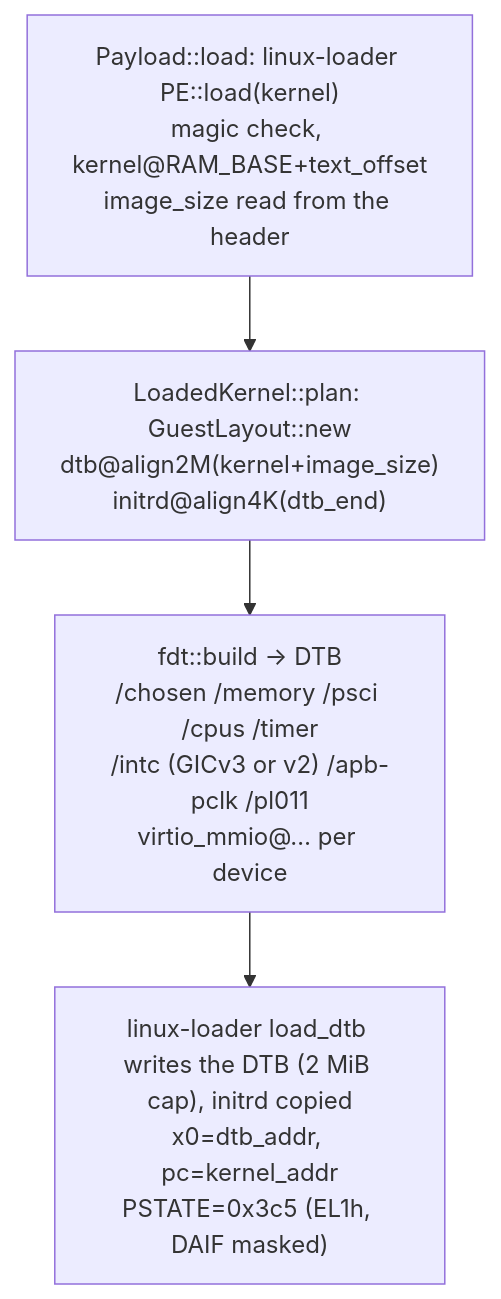
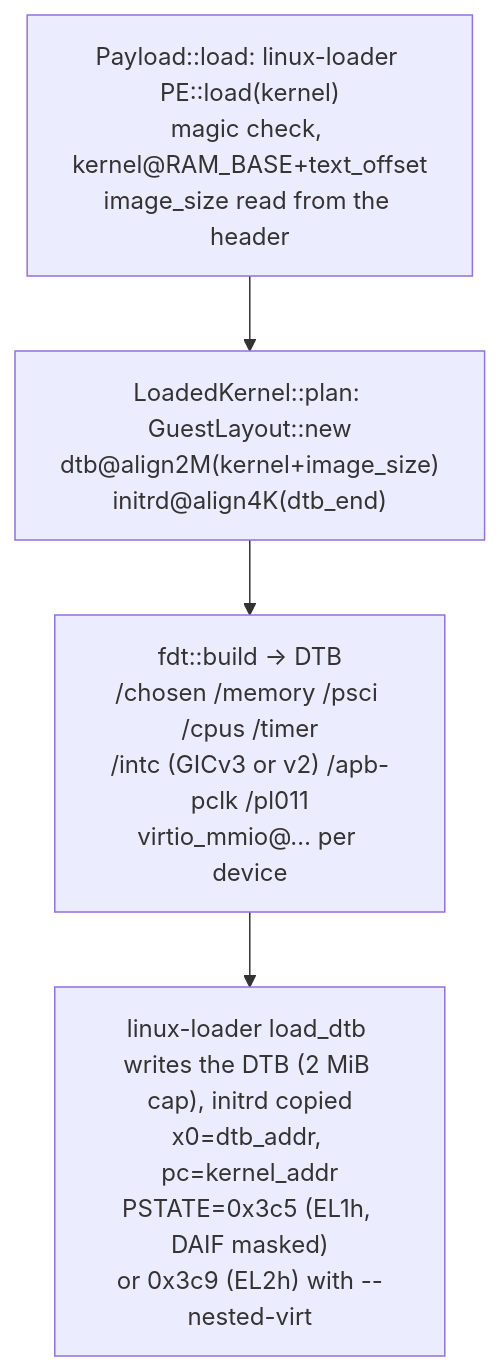
Before and after one commit to brig-sh/hvi-vmm: the second of 4 diagrams in docs/architecture.md, drawn with Mermaid. The commit also changed other lines of this file and 6 other files, not shown here.

First line of the commit message:
docs(machine): Describe --nested-virt, hvi caps and what EL2 changes

````diff
--- a/docs/architecture.md
+++ b/docs/architecture.md
@@ -193,7 +193,7 @@
 ```mermaid
 flowchart TB
     A["Payload::load: linux-loader PE::load(kernel)<br/>magic check, kernel@RAM_BASE+text_offset<br/>image_size read from the header"] --> B
     B["LoadedKernel::plan: GuestLayout::new<br/>dtb@align2M(kernel+image_size)<br/>initrd@align4K(dtb_end)"] --> C
     C["fdt::build → DTB<br/>/chosen /memory /psci /cpus /timer<br/>/intc (GICv3 or v2) /apb-pclk /pl011<br/>virtio_mmio@… per device"] --> D
-    D["linux-loader load_dtb writes the DTB (2 MiB cap), initrd copied<br/>x0=dtb_addr, pc=kernel_addr<br/>PSTATE=0x3c5 (EL1h, DAIF masked)"]
+    D["linux-loader load_dtb writes the DTB (2 MiB cap), initrd copied<br/>x0=dtb_addr, pc=kernel_addr<br/>PSTATE=0x3c5 (EL1h, DAIF masked)<br/>or 0x3c9 (EL2h) with --nested-virt"]
 ```
````
